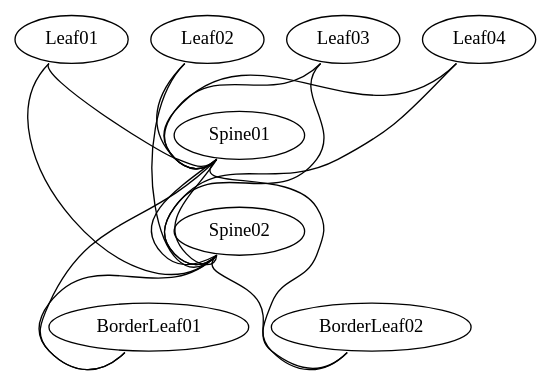
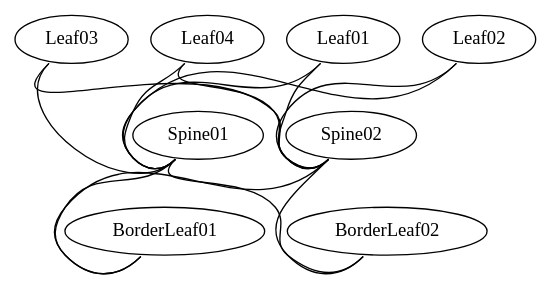
The diagram in cable-check/topology.dot (aliaydemir80/lldpq), drawn with Graphviz before and after one commit.

```diff
--- a/cable-check/topology.dot
+++ b/cable-check/topology.dot
@@ -1,26 +1,21 @@
 graph "ACME" {
 
 # Leaf to Spine
 
 "Leaf01":"swp49" -- "Spine01":"swp1"
 "Leaf01":"swp50" -- "Spine02":"swp1"
 "Leaf02":"swp49" -- "Spine01":"swp2"
 "Leaf02":"swp50" -- "Spine02":"swp2"
 "Leaf03":"swp49" -- "Spine01":"swp3"
 "Leaf03":"swp50" -- "Spine02":"swp3"
 "Leaf04":"swp49" -- "Spine01":"swp4"
 "Leaf04":"swp50" -- "Spine02":"swp4"
 
-# OOB-Spine to OOB-Spine
-
-"Spine01":"swp31" -- "Spine02":"swp31"
-"Spine01":"swp32" -- "Spine02":"swp32"
-
 # Spine to Border-Leaf
 
 "Spine01":"swp29" -- "BorderLeaf01":"swp1"
 "Spine01":"swp30" -- "BorderLeaf02":"swp1"
 "Spine02":"swp29" -- "BorderLeaf01":"swp2"
 "Spine02":"swp30" -- "BorderLeaf02":"swp2"
 
 }
```
